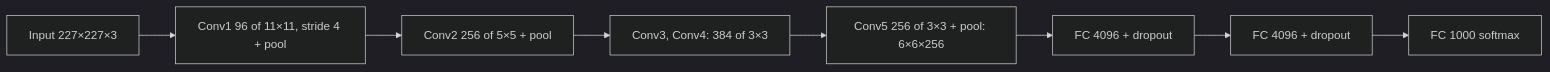
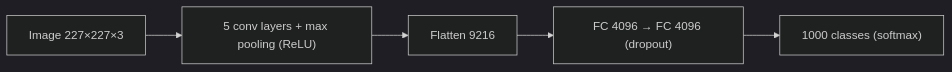
One commit to TrendySloth1001/sem-seven-notes changed the first of 2 diagrams in content/deep-learning/pyq/2025-05/q3a.hi.mdx. Above: the diagram before and after it, drawn with Mermaid (dark theme). The commit also changed other lines of this file and 186 other files, not shown here.

````diff
--- a/content/deep-learning/pyq/2025-05/q3a.hi.mdx
+++ b/content/deep-learning/pyq/2025-05/q3a.hi.mdx
@@ -11,11 +11,8 @@
 ```mermaid
-%% caption: AlexNet. Paanch convolution layers hain, 1st, 2nd aur 5th ke baad max pooling hai, phir teen fully connected layers.
+%% caption: AlexNet ek line mein.
 flowchart LR
-  A["Input 227×227×3"] --> B["Conv1 96 of 11×11, stride 4 + pool"]
-  B --> C["Conv2 256 of 5×5 + pool"]
-  C --> D["Conv3, Conv4: 384 of 3×3"]
-  D --> E["Conv5 256 of 3×3 + pool: 6×6×256"]
-  E --> F["FC 4096 + dropout"]
-  F --> G["FC 4096 + dropout"]
-  G --> H["FC 1000 softmax"]
+  A["Image 227×227×3"] --> B["5 conv layers + max pooling (ReLU)"]
+  B --> C["Flatten 9216"]
+  C --> D["FC 4096 → FC 4096 (dropout)"]
+  D --> E["1000 classes (softmax)"]
 ```
````
